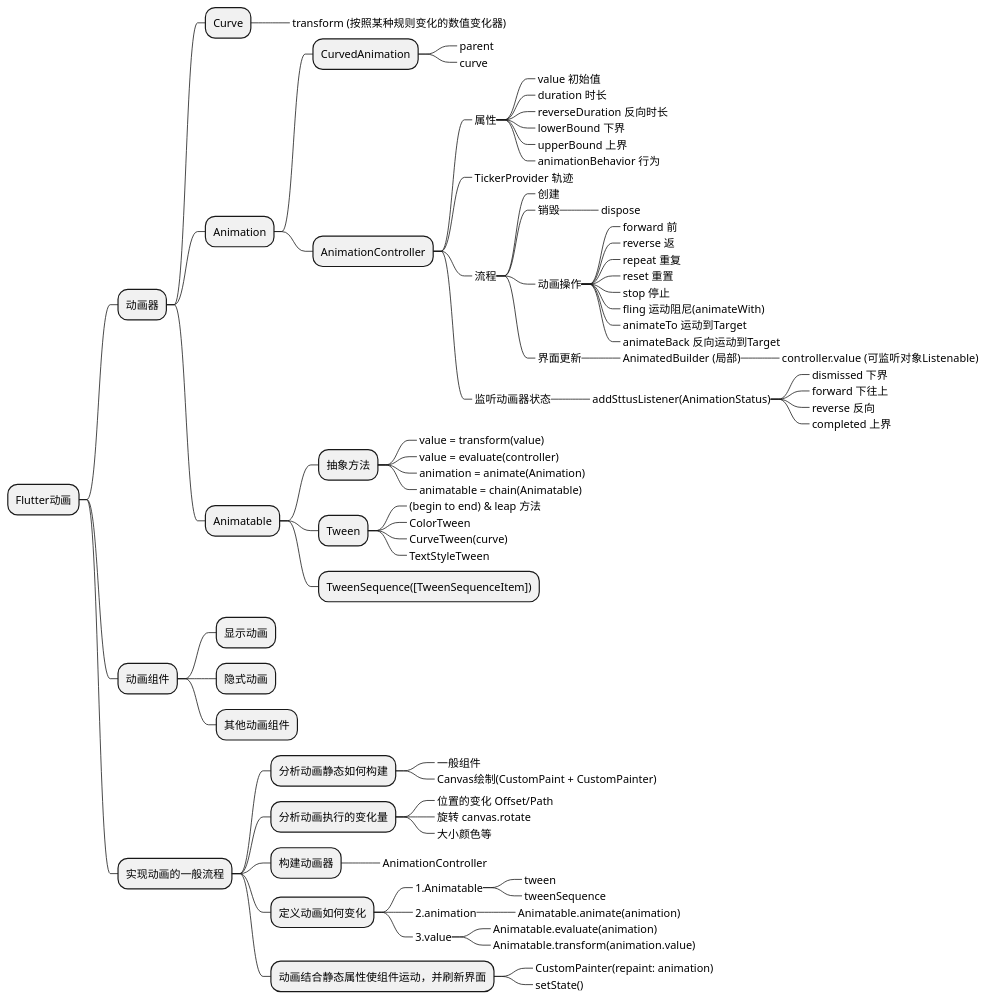
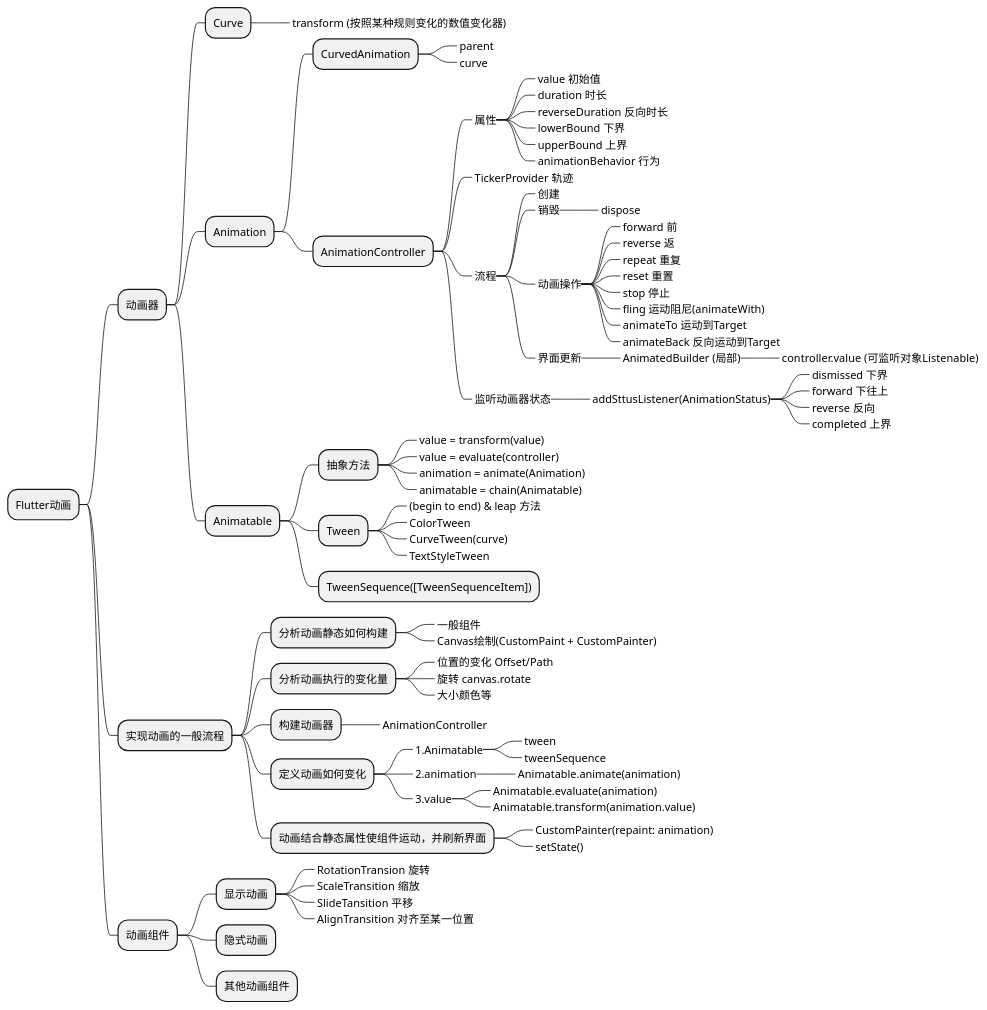
One commit to HEROhuqinchao/flutter_bilibili_getx changed the diagram in lib/ui/pages/functions/animation_study/mindMap/mindMap.pu. Above: the diagram before and after it, drawn with PlantUML. The commit also changed 5 other files, not shown here.

Commit message:
动画mindMap

```diff
--- a/lib/ui/pages/functions/animation_study/mindMap/mindMap.pu
+++ b/lib/ui/pages/functions/animation_study/mindMap/mindMap.pu
@@ -1,82 +1,87 @@
 @startmindmap
 * Flutter动画
 ** 动画器
 *** Curve
 ****_ transform (按照某种规则变化的数值变化器)
 *** Animation
 **** CurvedAnimation
 *****_ parent
 *****_ curve
 **** AnimationController
 *****_ 属性
 ******_ value 初始值
 ******_ duration 时长
 ******_ reverseDuration 反向时长
 ******_ lowerBound 下界
 ******_ upperBound 上界
 ******_ animationBehavior 行为
 *****_ TickerProvider 轨迹
 *****_ 流程
 ******_ 创建
 ******_ 销毁
 *******_ dispose
 ******_ 动画操作
 *******_ forward 前
 *******_ reverse 返
 *******_ repeat 重复
 *******_ reset 重置
 *******_ stop 停止
 *******_ fling 运动阻尼(animateWith)
 *******_ animateTo 运动到Target
 *******_ animateBack 反向运动到Target
 ******_ 界面更新
 *******_ AnimatedBuilder (局部)
 ********_ controller.value (可监听对象Listenable)
 *****_ 监听动画器状态
 ******_ addSttusListener(AnimationStatus)
 *******_ dismissed 下界
 *******_ forward 下往上
 *******_ reverse 反向
 *******_ completed 上界
 *** Animatable
 **** 抽象方法
 *****_ value = transform(value)
 *****_ value = evaluate(controller)
 *****_ animation = animate(Animation)
 *****_ animatable = chain(Animatable)
 
 **** Tween
 *****_ (begin to end) & leap 方法
 *****_ ColorTween
 *****_ CurveTween(curve)
 *****_ TextStyleTween
 **** TweenSequence([TweenSequenceItem])
 
-** 动画组件
-*** 显示动画
-*** 隐式动画
-*** 其他动画组件
-
 ** 实现动画的一般流程
 *** 分析动画静态如何构建
 ****_ 一般组件
 ****_ Canvas绘制(CustomPaint + CustomPainter)
 *** 分析动画执行的变化量
 ****_ 位置的变化 Offset/Path
 ****_ 旋转 canvas.rotate
 ****_ 大小颜色等
 *** 构建动画器
 ****_ AnimationController
 *** 定义动画如何变化
 ****_ 1.Animatable
 *****_ tween
 *****_ tweenSequence
 ****_ 2.animation
 *****_ Animatable.animate(animation)
 ****_ 3.value
 *****_ Animatable.evaluate(animation)
 *****_ Animatable.transform(animation.value)
 *** 动画结合静态属性使组件运动，并刷新界面
 ****_ CustomPainter(repaint: animation)
 ****_ setState()
+
+** 动画组件
+*** 显示动画
+****_ RotationTransion 旋转
+****_ ScaleTransition 缩放
+****_ SlideTansition 平移
+****_ AlignTransition 对齐至某一位置
+
+*** 隐式动画
+*** 其他动画组件
 @endmindmap
```
